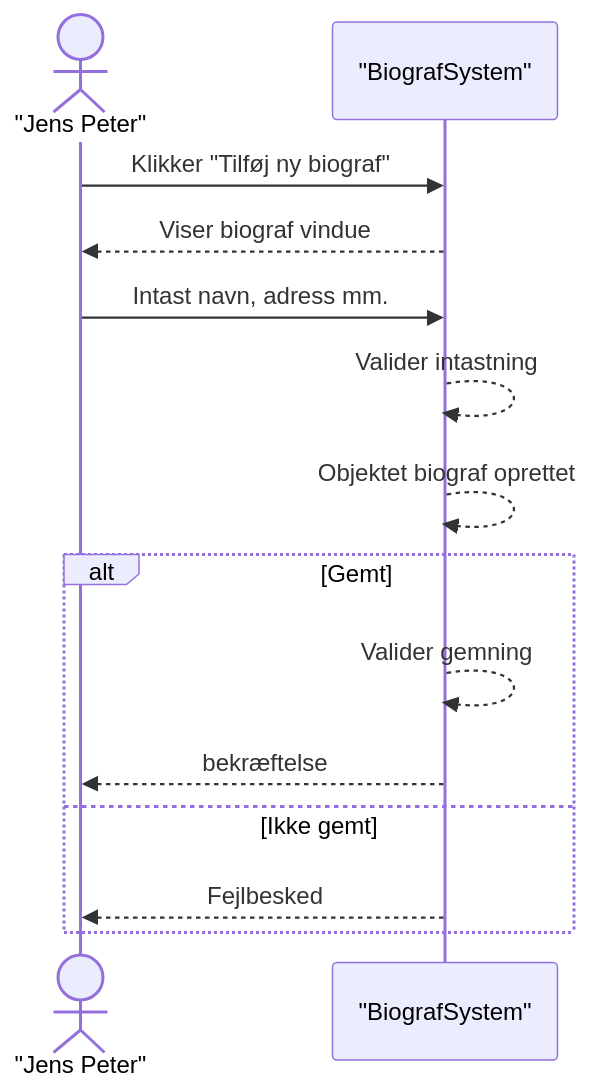
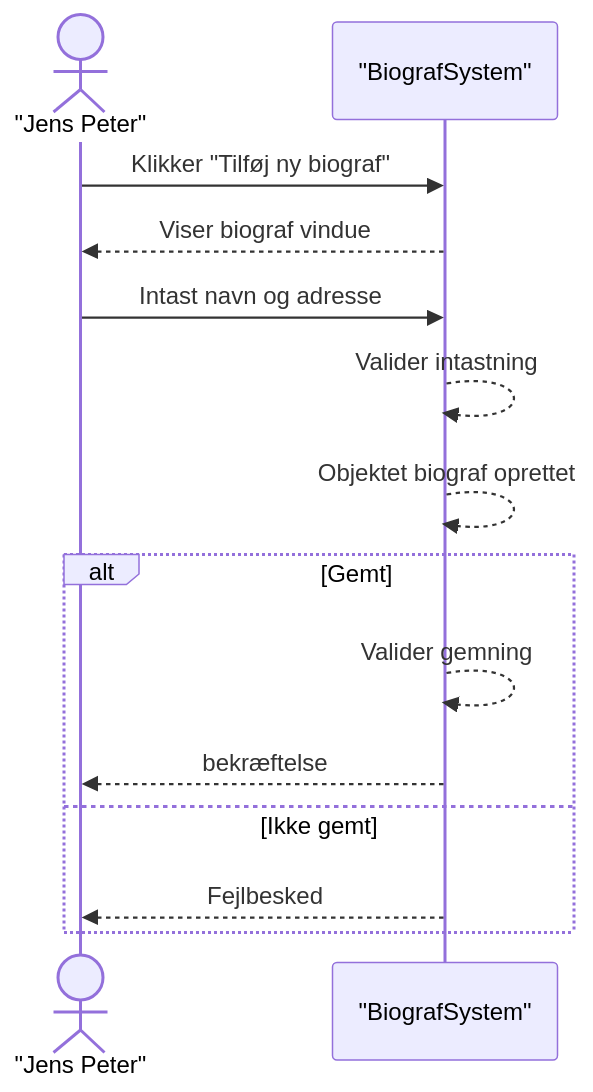
Before and after one commit to DMOoF25/TheMovie: the diagram in docs/SSD S2 UC1.mmd, drawn with Mermaid.

Commit message:
Update SSD S2 UC1.mmd

```diff
--- a/docs/SSD S2 UC1.mmd
+++ b/docs/SSD S2 UC1.mmd
@@ -1,16 +1,16 @@
 sequenceDiagram
     actor JensPeter as "Jens Peter"
     participant System as "BiografSystem"
 
     JensPeter->>System: Klikker "Tilføj ny biograf"
     System-->>JensPeter: Viser biograf vindue
 
-    JensPeter->>System: Intast navn, adress mm. 
+    JensPeter->>System: Intast navn og adresse 
     System-->>System: Valider intastning
     System-->>System: Objektet biograf oprettet
     alt Gemt
         System-->>System: Valider gemning
         System-->>JensPeter: bekræftelse
     else Ikke gemt
         System-->>JensPeter: Fejlbesked
     end
```
